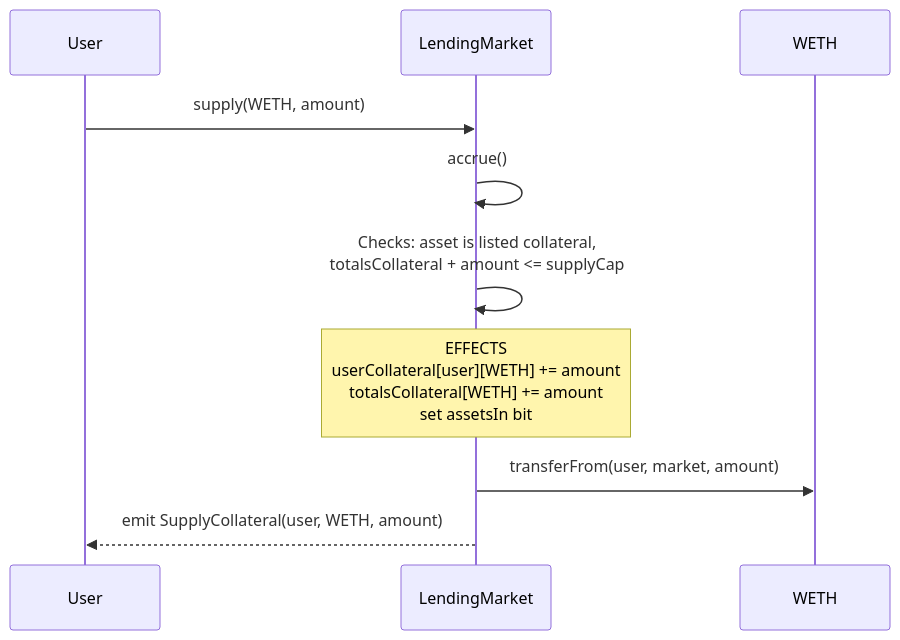
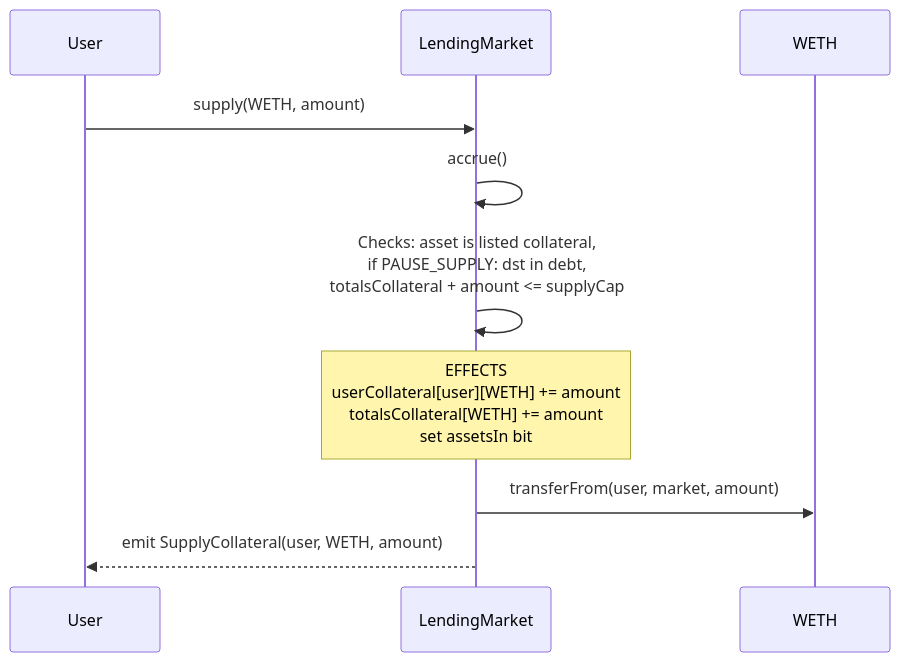
Before and after one commit to GushALKDev/evm-lending-borrowing-protocol: the third of 6 diagrams in docs/03-architecture.md, drawn with Mermaid. The commit also changed other lines of this file and 13 other files, not shown here.

First line of the commit message:
Keep repay and collateral top-ups open while supply is paused

````diff
--- a/docs/03-architecture.md
+++ b/docs/03-architecture.md
@@ -368,13 +371,13 @@
 ```mermaid
 sequenceDiagram
     participant User
     participant Market as LendingMarket
     participant WETH
 
     User->>Market: supply(WETH, amount)
     Market->>Market: accrue()
-    Market->>Market: Checks: asset is listed collateral,<br/>totalsCollateral + amount <= supplyCap
+    Market->>Market: Checks: asset is listed collateral,<br/>if PAUSE_SUPPLY: dst in debt,<br/>totalsCollateral + amount <= supplyCap
     Note over Market: EFFECTS<br/>userCollateral[user][WETH] += amount<br/>totalsCollateral[WETH] += amount<br/>set assetsIn bit
     Market->>WETH: transferFrom(user, market, amount)
     Market-->>User: emit SupplyCollateral(user, WETH, amount)
 ```
````
